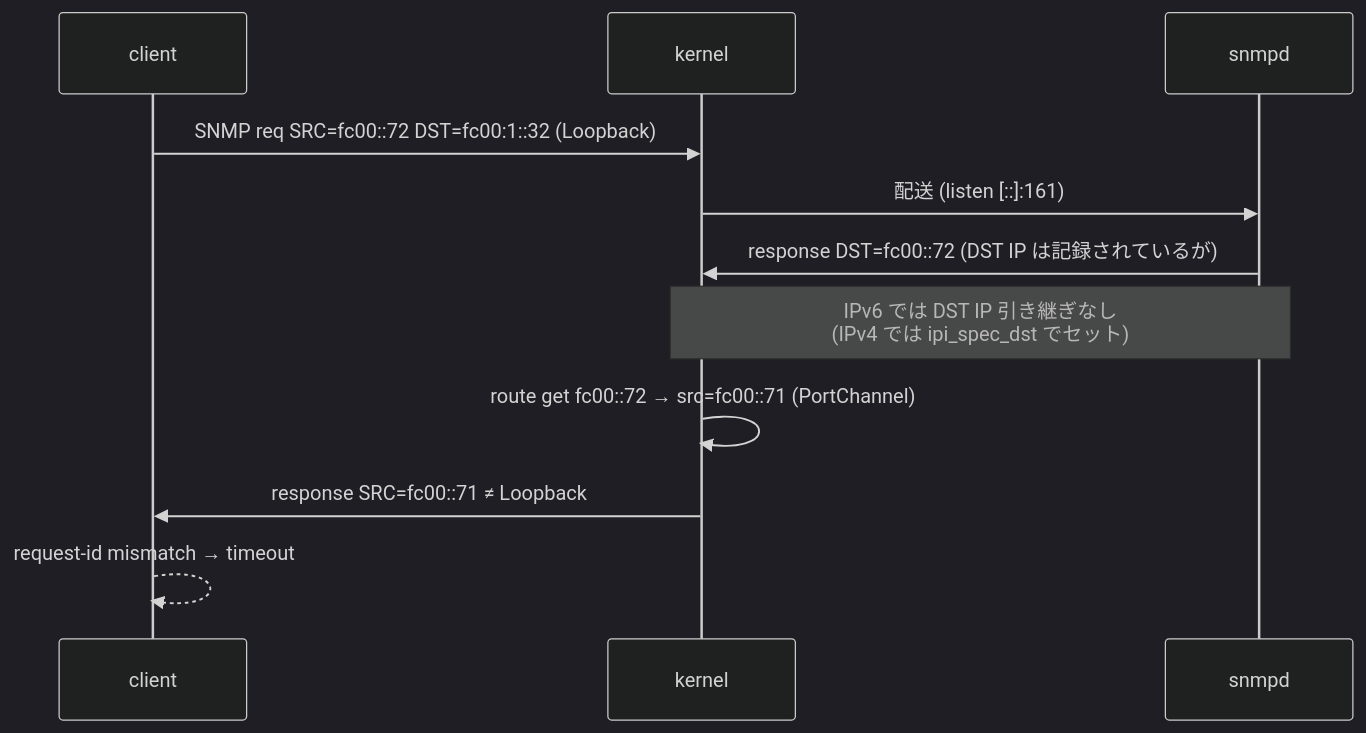
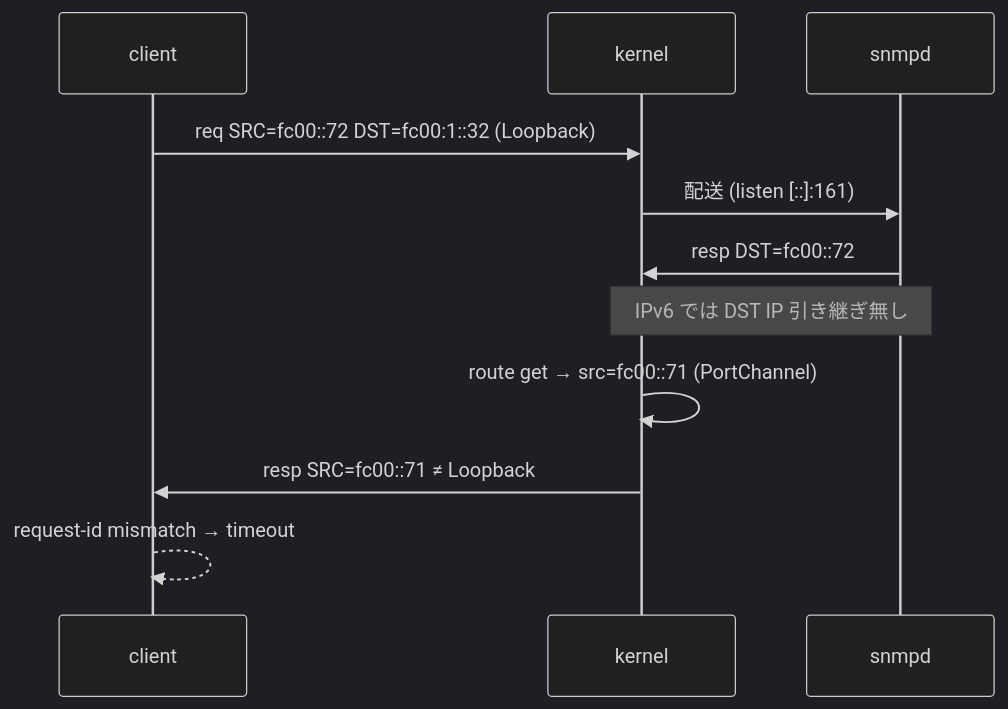
Before and after one commit to aoki-taquan/sonic-unofficial-docs: the first of 2 diagrams in docs/system/sonic-snmp-changes-to-support-ipv6.md, drawn with Mermaid (dark theme). The commit also changed other lines of this file and 7 other files, not shown here.

````diff
--- a/docs/system/sonic-snmp-changes-to-support-ipv6.md
+++ b/docs/system/sonic-snmp-changes-to-support-ipv6.md
@@ -56,13 +32,13 @@
 ```mermaid
 sequenceDiagram
     participant C as client
     participant K as kernel
     participant S as snmpd
-    C->>K: SNMP req SRC=fc00::72 DST=fc00:1::32 (Loopback)
+    C->>K: req SRC=fc00::72 DST=fc00:1::32 (Loopback)
     K->>S: 配送 (listen [::]:161)
-    S->>K: response DST=fc00::72 (DST IP は記録されているが)
-    Note over S,K: IPv6 では DST IP 引き継ぎなし<br/>(IPv4 では ipi_spec_dst でセット)
-    K->>K: route get fc00::72 → src=fc00::71 (PortChannel)
-    K->>C: response SRC=fc00::71 ≠ Loopback
+    S->>K: resp DST=fc00::72
+    Note over S,K: IPv6 では DST IP 引き継ぎ無し
+    K->>K: route get → src=fc00::71 (PortChannel)
+    K->>C: resp SRC=fc00::71 ≠ Loopback
     C-->>C: request-id mismatch → timeout
 ```
````
